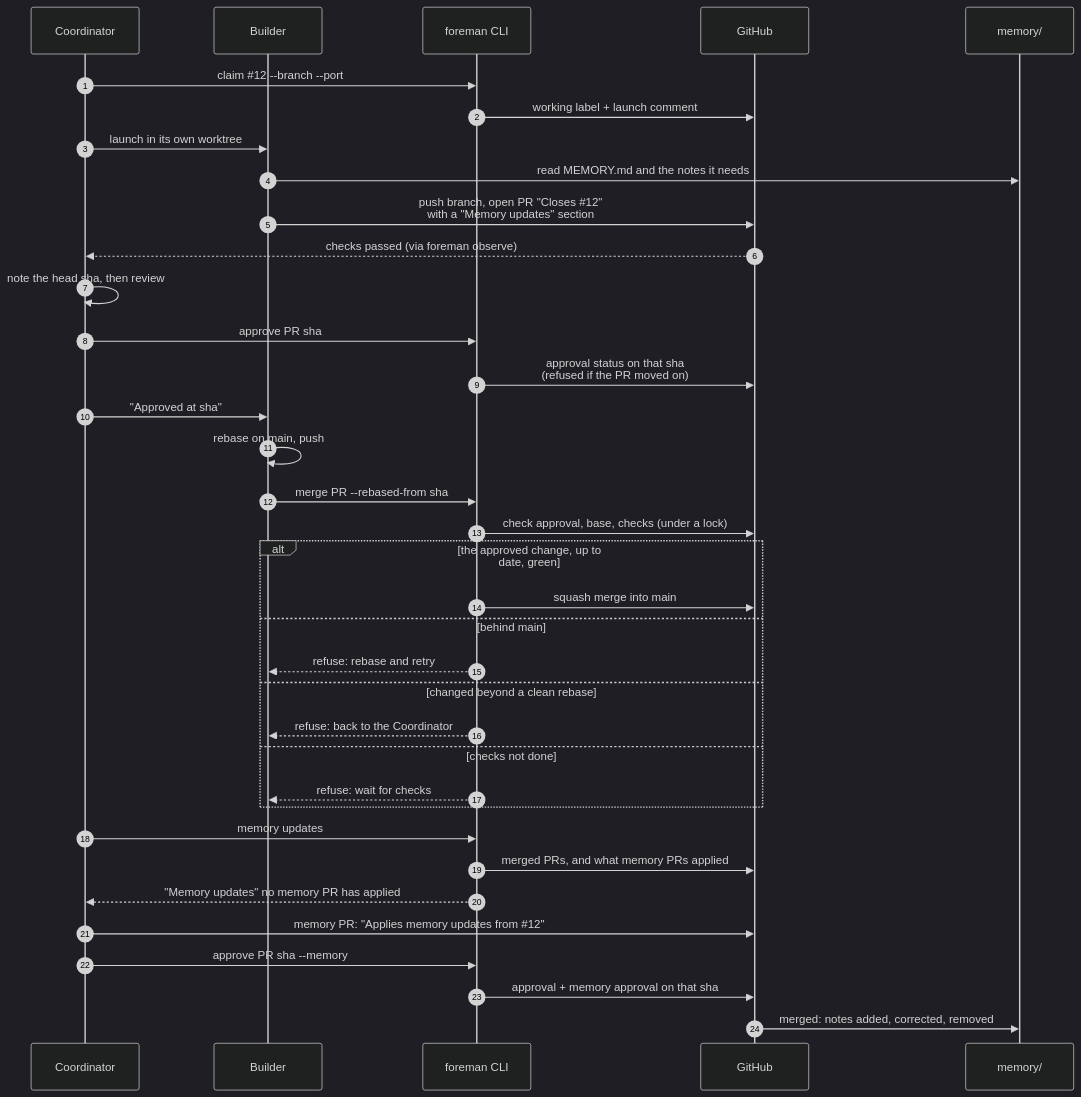
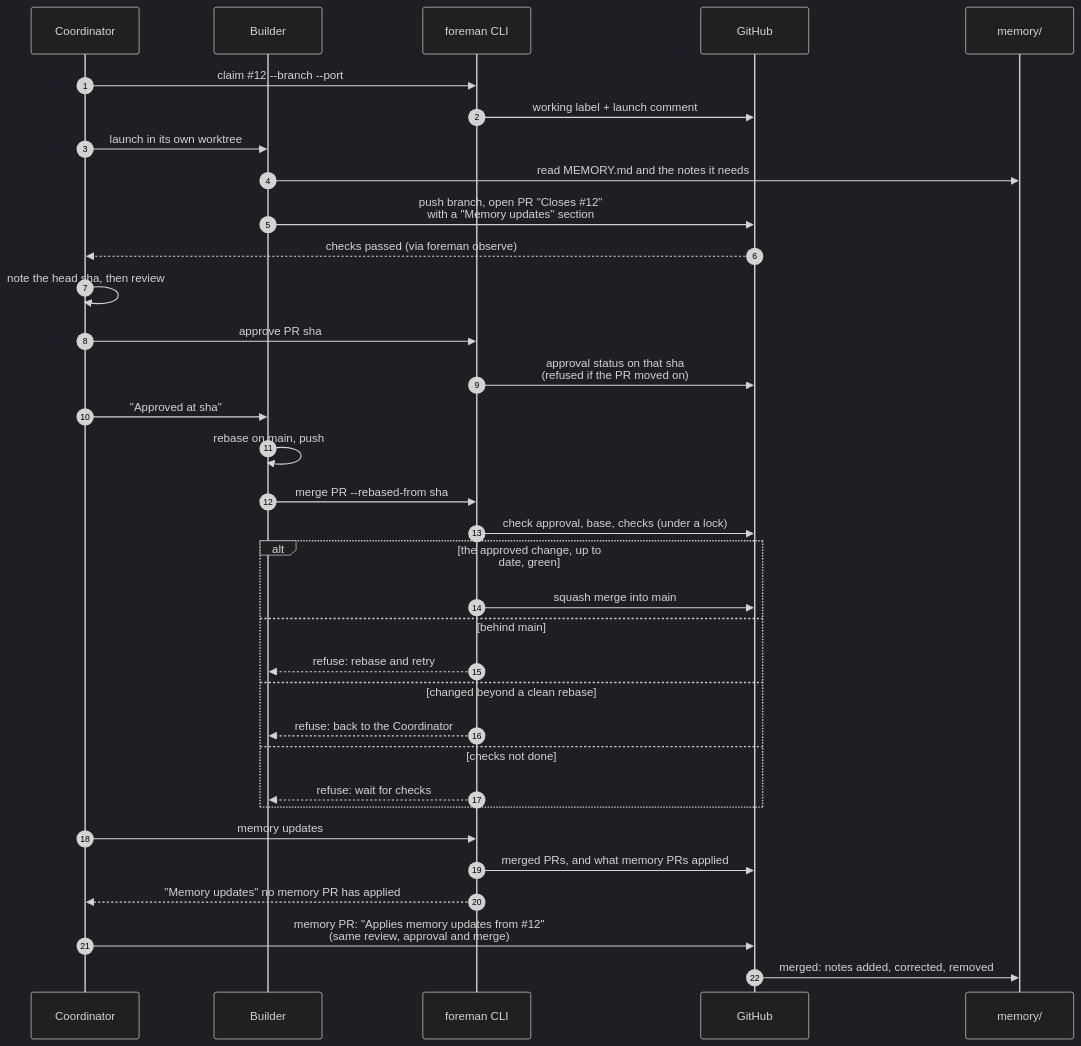
The second of 3 diagrams in README.md (smknaqvi/foreman), drawn with Mermaid (dark theme) before and after one commit. The commit also changed other lines of this file and 24 other files, not shown here.

First line of the commit message:
Shared memory: protected by review, not by the merge gate

````diff
--- a/README.md
+++ b/README.md
@@ -53,39 +53,37 @@
 ```mermaid
 sequenceDiagram
     autonumber
     participant C as Coordinator
     participant B as Builder
     participant F as foreman CLI
     participant G as GitHub
     participant M as memory/
 
     C->>F: claim #35;12 --branch --port
     F->>G: working label + launch comment
     C->>B: launch in its own worktree
     B->>M: read MEMORY.md and the notes it needs
     B->>G: push branch, open PR "Closes #35;12"<br/>with a "Memory updates" section
     G-->>C: checks passed (via foreman observe)
     C->>C: note the head sha, then review
     C->>F: approve PR sha
     F->>G: approval status on that sha<br/>(refused if the PR moved on)
     C->>B: "Approved at sha"
     B->>B: rebase on main, push
     B->>F: merge PR --rebased-from sha
     F->>G: check approval, base, checks (under a lock)
     alt the approved change, up to date, green
         F->>G: squash merge into main
     else behind main
         F-->>B: refuse: rebase and retry
     else changed beyond a clean rebase
         F-->>B: refuse: back to the Coordinator
     else checks not done
         F-->>B: refuse: wait for checks
     end
     C->>F: memory updates
     F->>G: merged PRs, and what memory PRs applied
     F-->>C: "Memory updates" no memory PR has applied
-    C->>G: memory PR: "Applies memory updates from #35;12"
-    C->>F: approve PR sha --memory
-    F->>G: approval + memory approval on that sha
+    C->>G: memory PR: "Applies memory updates from #35;12"<br/>(same review, approval and merge)
     G->>M: merged: notes added, corrected, removed
 ```
````
